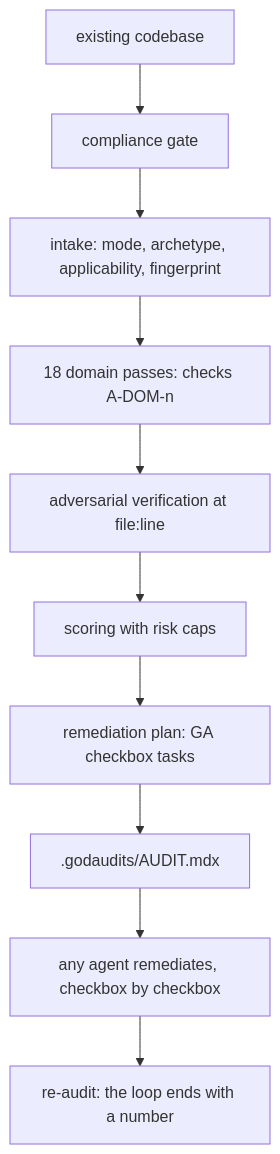
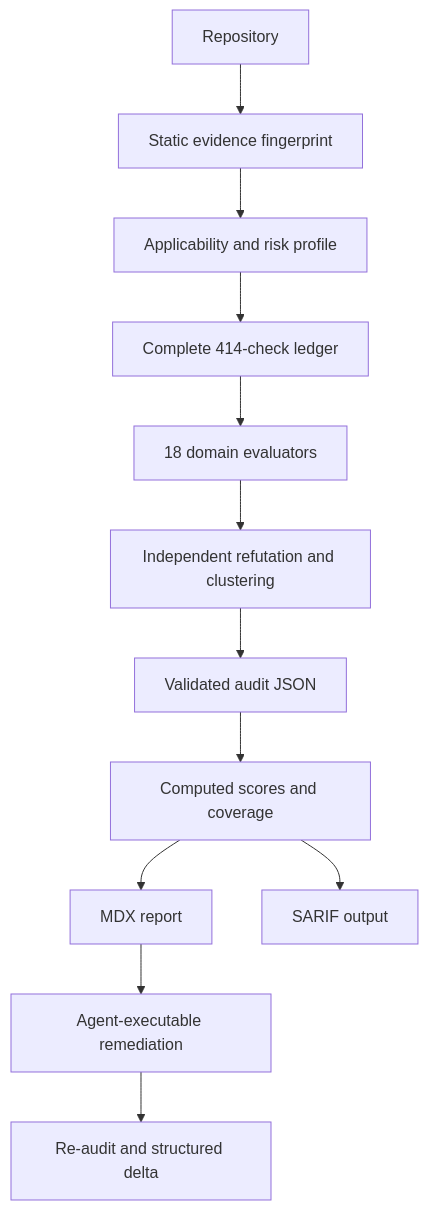
Before and after one commit to hannsxpeter/godaudits: the diagram in README.md, drawn with Mermaid. The commit also changed other lines of this file and 84 other files, not shown here.

Commit message:
Release godaudits 2.0 audit engine

````diff
--- a/README.md
+++ b/README.md
@@ -50,12 +89,14 @@
 ```mermaid
-graph TD
-  A[existing codebase] --> B[compliance gate]
-  B --> C[intake: mode, archetype, applicability, fingerprint]
-  C --> D[18 domain passes: checks A-DOM-n]
-  D --> E[adversarial verification at file:line]
-  E --> F[scoring with risk caps]
-  F --> G[remediation plan: GA checkbox tasks]
-  G --> H[.godaudits/AUDIT.mdx]
-  H --> I[any agent remediates, checkbox by checkbox]
-  I --> J[re-audit: the loop ends with a number]
+flowchart TD
+  A[Repository] --> B[Static evidence fingerprint]
+  B --> C[Applicability and risk profile]
+  C --> D[Complete 414-check ledger]
+  D --> E[18 domain evaluators]
+  E --> F[Independent refutation and clustering]
+  F --> G[Validated audit JSON]
+  G --> H[Computed scores and coverage]
+  H --> I[MDX report]
+  H --> J[SARIF output]
+  I --> K[Agent-executable remediation]
+  K --> L[Re-audit and structured delta]
 ```
````
